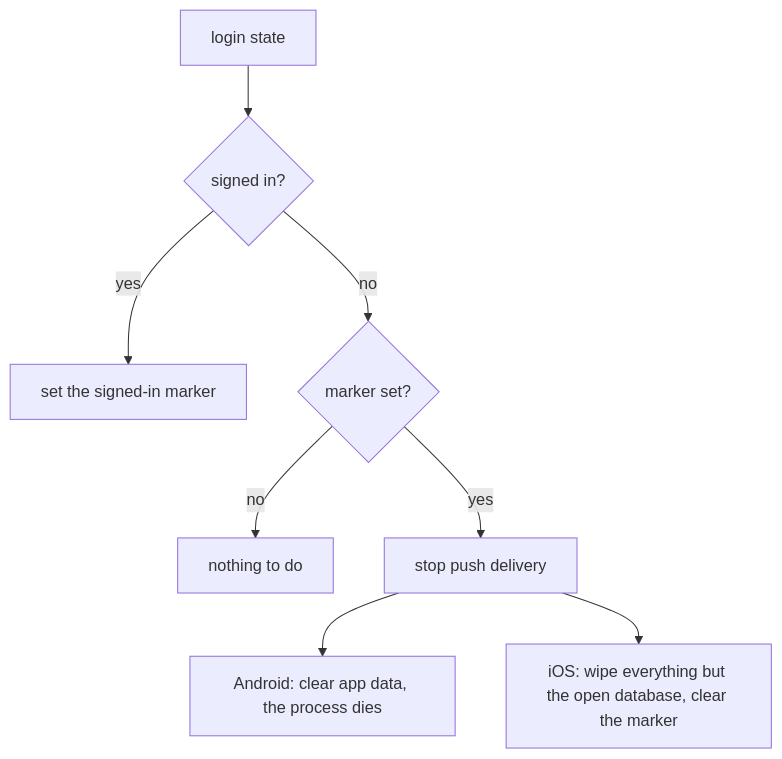
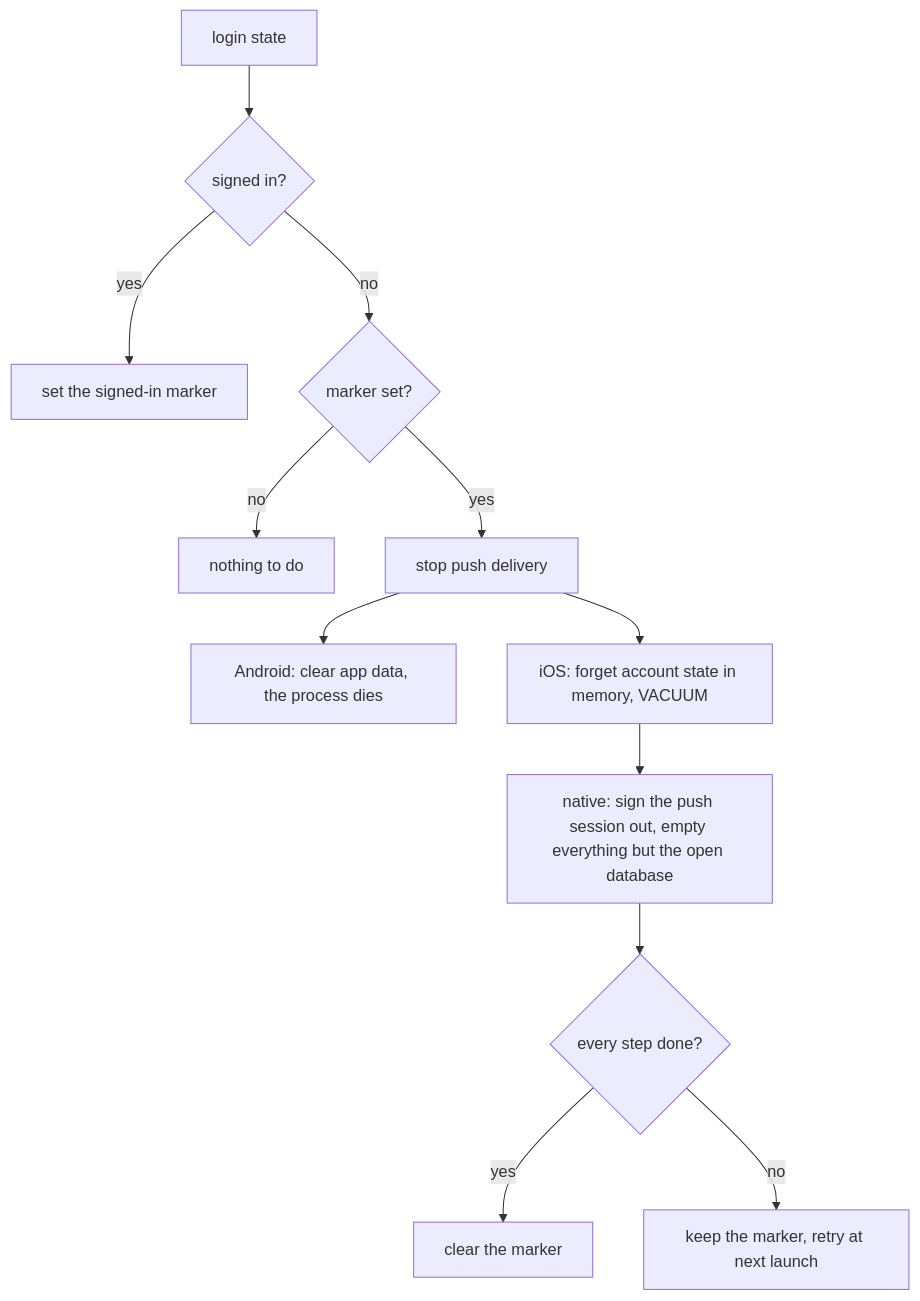
The second of 3 diagrams in docs/features/app-foundation.md (Zuno-Chat/zuno-chat), drawn with Mermaid before and after one commit. The commit also changed other lines of this file and 130 other files, not shown here.

````diff
--- a/docs/features/app-foundation.md
+++ b/docs/features/app-foundation.md
@@ -216,10 +219,14 @@
 ```mermaid
 flowchart TD
   A["login state"] --> B{"signed in?"}
   B -- yes --> C["set the signed-in marker"]
   B -- no --> D{"marker set?"}
   D -- no --> E["nothing to do"]
   D -- yes --> F["stop push delivery"]
   F --> G["Android: clear app data, the process dies"]
-  F --> H["iOS: wipe everything but the open database, clear the marker"]
+  F --> H["iOS: forget account state in memory, VACUUM"]
+  H --> I["native: sign the push session out, empty everything but the open database"]
+  I --> J{"every step done?"}
+  J -- yes --> K["clear the marker"]
+  J -- no --> L["keep the marker, retry at next launch"]
 ```
````
